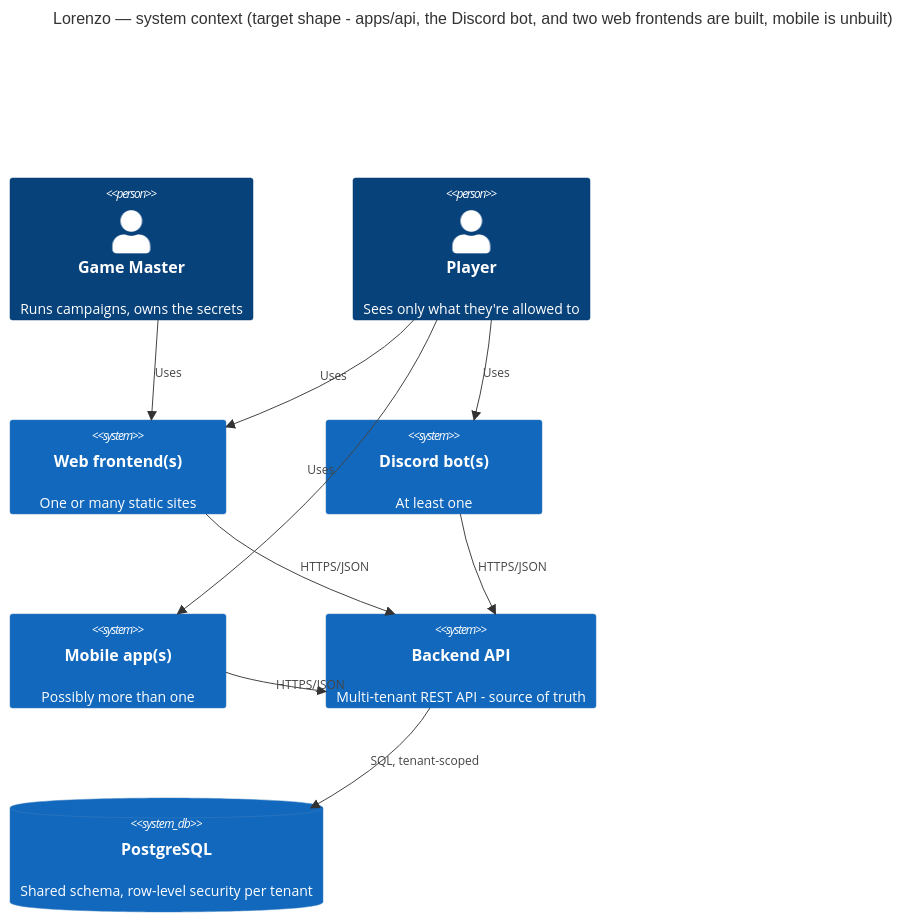
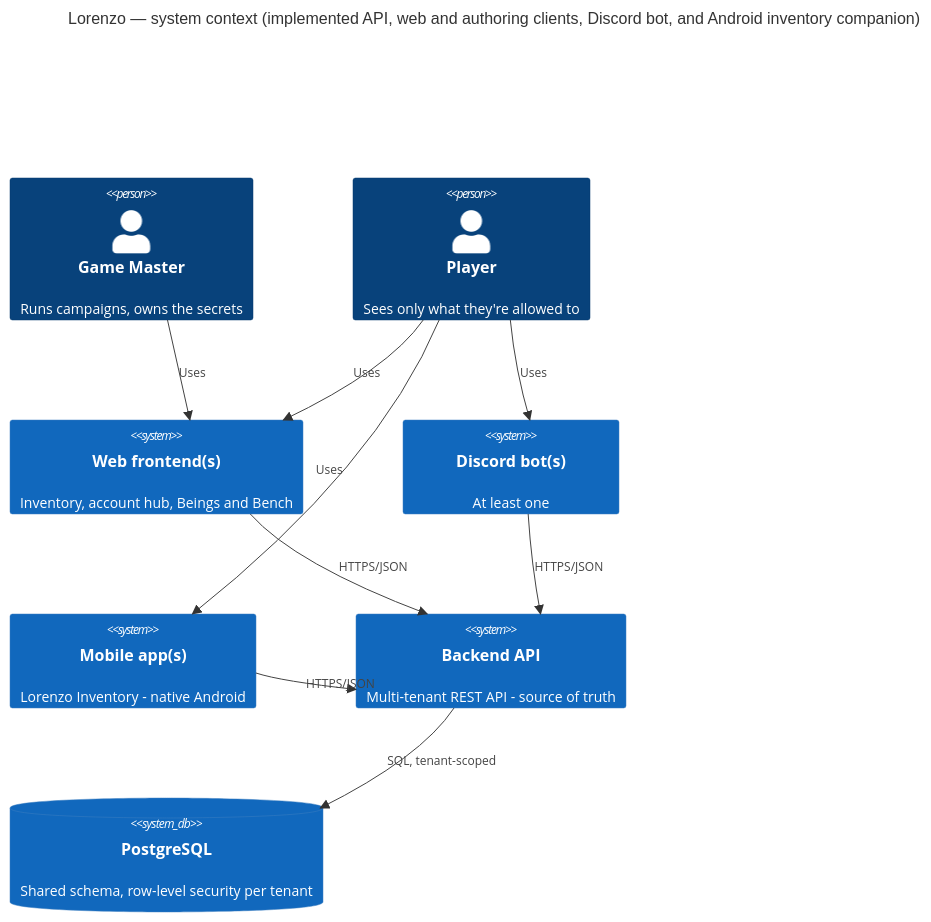
Before and after one commit to ramsesoriginal/lorenzo: the diagram in docs/architecture/diagrams/system-context.md, drawn with Mermaid. The commit also changed 30 other files, not shown here.

````diff
--- a/docs/architecture/diagrams/system-context.md
+++ b/docs/architecture/diagrams/system-context.md
@@ -3,22 +3,22 @@
 ```mermaid
 C4Context
-  title Lorenzo — system context (target shape - apps/api, the Discord bot, and two web frontends are built, mobile is unbuilt)
+  title Lorenzo — system context (implemented API, web and authoring clients, Discord bot, and Android inventory companion)
 
   Person(gm, "Game Master", "Runs campaigns, owns the secrets")
   Person(player, "Player", "Sees only what they're allowed to")
 
-  System(web, "Web frontend(s)", "One or many static sites")
+  System(web, "Web frontend(s)", "Inventory, account hub, Beings and Bench")
   System(bot, "Discord bot(s)", "At least one")
-  System(mobile, "Mobile app(s)", "Possibly more than one")
+  System(mobile, "Mobile app(s)", "Lorenzo Inventory - native Android")
   System(api, "Backend API", "Multi-tenant REST API - source of truth")
   SystemDb(db, "PostgreSQL", "Shared schema, row-level security per tenant")
 
   Rel(gm, web, "Uses")
   Rel(player, web, "Uses")
   Rel(player, bot, "Uses")
   Rel(player, mobile, "Uses")
   Rel(web, api, "HTTPS/JSON")
   Rel(bot, api, "HTTPS/JSON")
   Rel(mobile, api, "HTTPS/JSON")
   Rel(api, db, "SQL, tenant-scoped")
 ```
````
